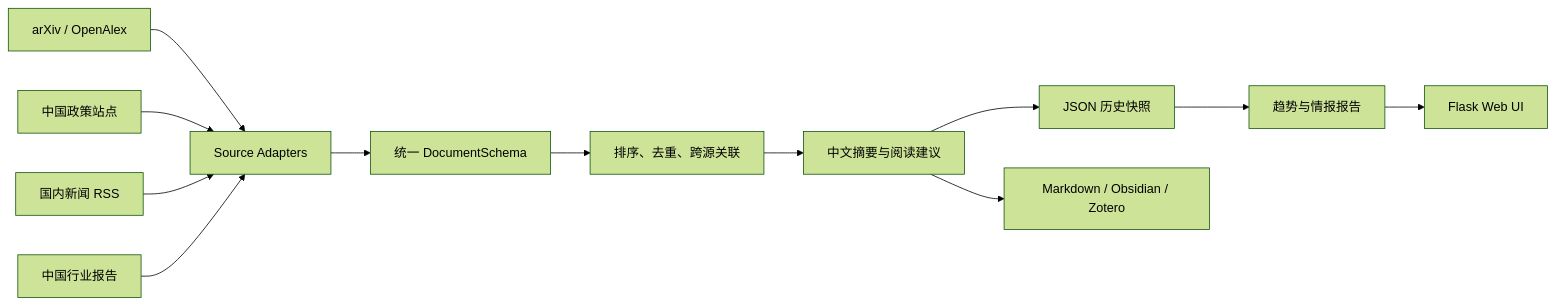
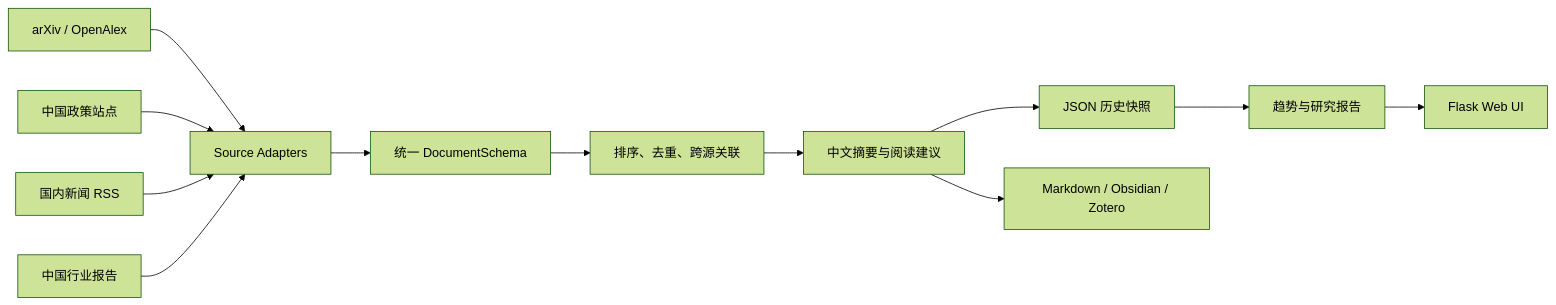
Before and after one commit to Tony-tpc/daily-arxiv: the diagram in docs/multi_source_architecture.md, drawn with Mermaid (forest theme). The commit also changed other lines of this file and 36 other files, not shown here.

````diff
--- a/docs/multi_source_architecture.md
+++ b/docs/multi_source_architecture.md
@@ -9,14 +9,14 @@
 ```mermaid
 flowchart LR
     A["arXiv / OpenAlex"] --> F["Source Adapters"]
     B["中国政策站点"] --> F
     C["国内新闻 RSS"] --> F
     D["中国行业报告"] --> F
     F --> N["统一 DocumentSchema"]
     N --> R["排序、去重、跨源关联"]
     R --> S["中文摘要与阅读建议"]
     S --> H["JSON 历史快照"]
-    H --> T["趋势与情报报告"]
+    H --> T["趋势与研究报告"]
     S --> E["Markdown / Obsidian / Zotero"]
     T --> W["Flask Web UI"]
 ```
````
